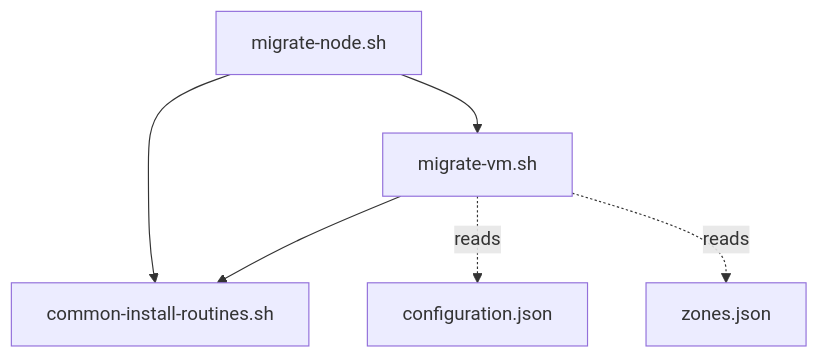
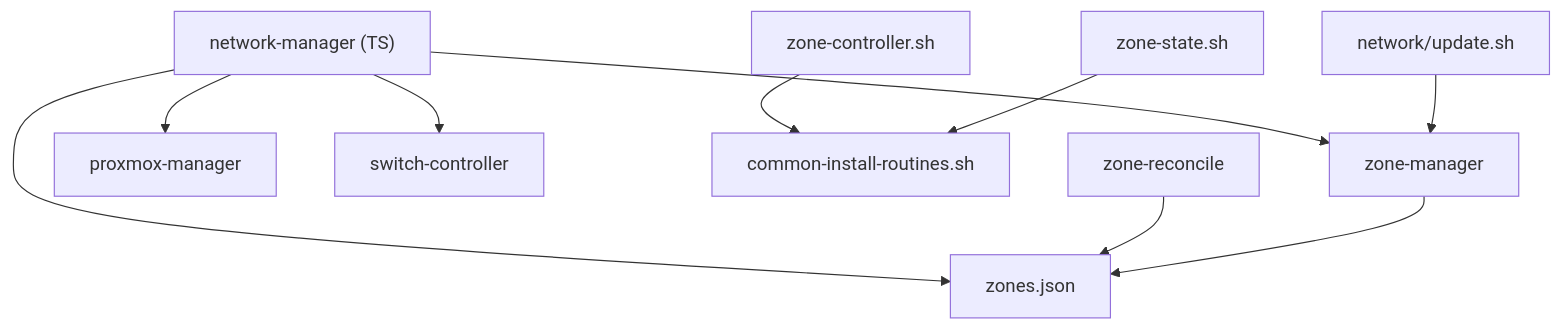
One commit to TAPPaaS/TAPPaaS changed the fourth of 5 diagrams in src/foundation/DEPENDENCIES.md. Above: the diagram before and after it, drawn with Mermaid. The commit also changed other lines of this file and 181 other files, not shown here.

````diff
--- a/src/foundation/DEPENDENCIES.md
+++ b/src/foundation/DEPENDENCIES.md
@@ -152,8 +230,12 @@
 ```mermaid
 graph TD
-    MN["migrate-node.sh"] --> CIR["common-install-routines.sh"]
-    MN --> MV["migrate-vm.sh"]
-    MV --> CIR
-    MV -.reads.-> CFG["configuration.json"]
-    MV -.reads.-> ZN["zones.json"]
+    NM["network-manager (TS)"] --> ZJ["zones.json"]
+    NM --> ZM["zone-manager"]
+    NM --> PM["proxmox-manager"]
+    NM --> SC["switch-controller"]
+    ZC["zone-controller.sh"] --> CIR["common-install-routines.sh"]
+    ZS["zone-state.sh"] --> CIR
+    ZR["zone-reconcile"] --> ZJ
+    NU["network/update.sh"] --> ZM
+    ZM --> ZJ
 ```
````
